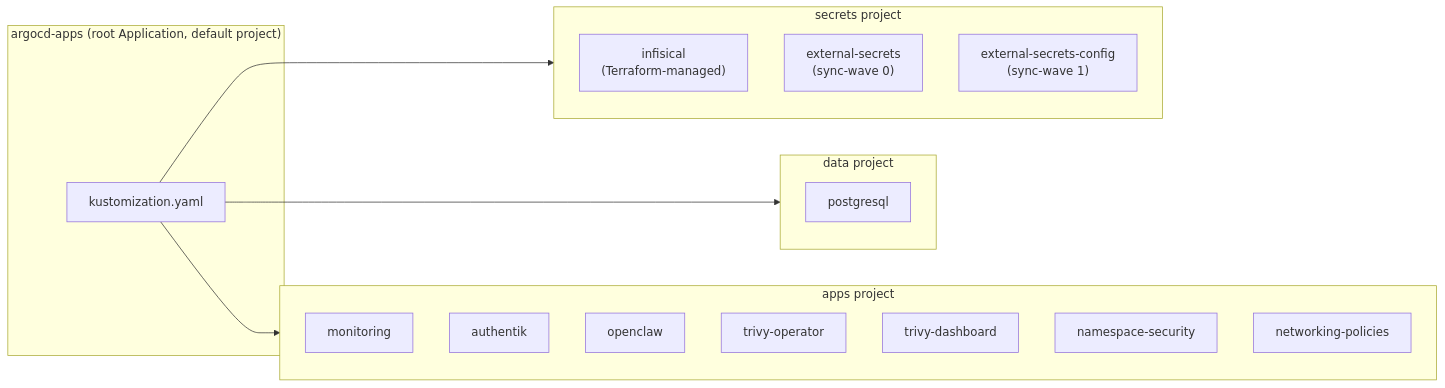
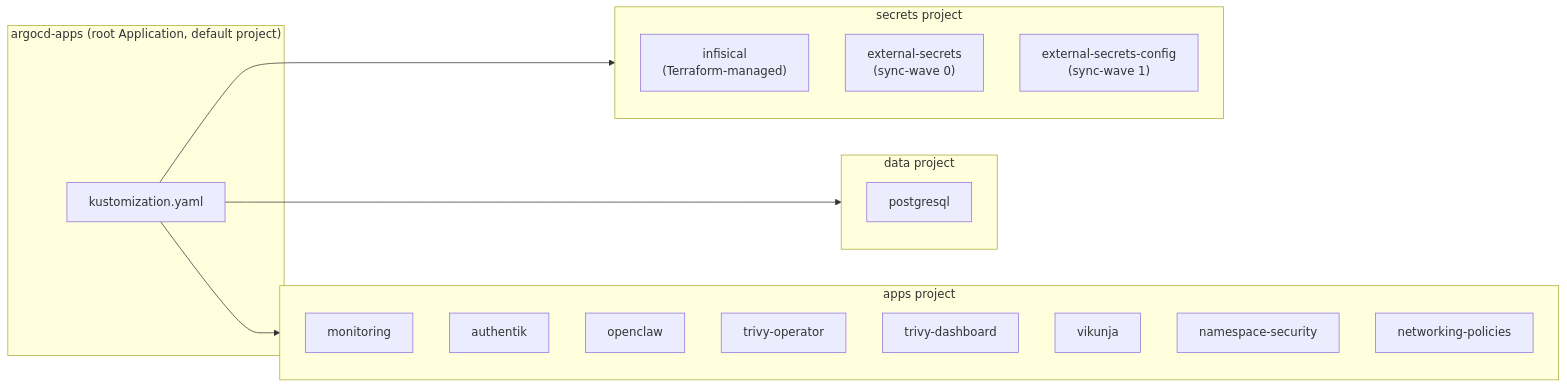
One commit to haingth77/homelab changed the second of 2 diagrams in k8s/apps/argocd/README.md. Above: the diagram before and after it, drawn with Mermaid. The commit also changed other lines of this file and 7 other files, not shown here.

````diff
--- a/k8s/apps/argocd/README.md
+++ b/k8s/apps/argocd/README.md
@@ -70,30 +72,31 @@
 ```mermaid
 flowchart LR
     subgraph root["argocd-apps (root Application, default project)"]
         Kustomize["kustomization.yaml"]
     end
 
     subgraph secretsProj["secrets project"]
         Infisical["infisical\n(Terraform-managed)"]
         A1["external-secrets\n(sync-wave 0)"]
         A2["external-secrets-config\n(sync-wave 1)"]
     end
 
     subgraph dataProj["data project"]
         A3["postgresql"]
     end
 
     subgraph appsProj["apps project"]
         A5["monitoring"]
         A6["authentik"]
         A7["openclaw"]
         A8["trivy-operator"]
         A11["trivy-dashboard"]
+        A12["vikunja"]
         A9["namespace-security"]
         A10["networking-policies"]
     end
 
     Kustomize --> secretsProj
     Kustomize --> dataProj
     Kustomize --> appsProj
 ```
````
